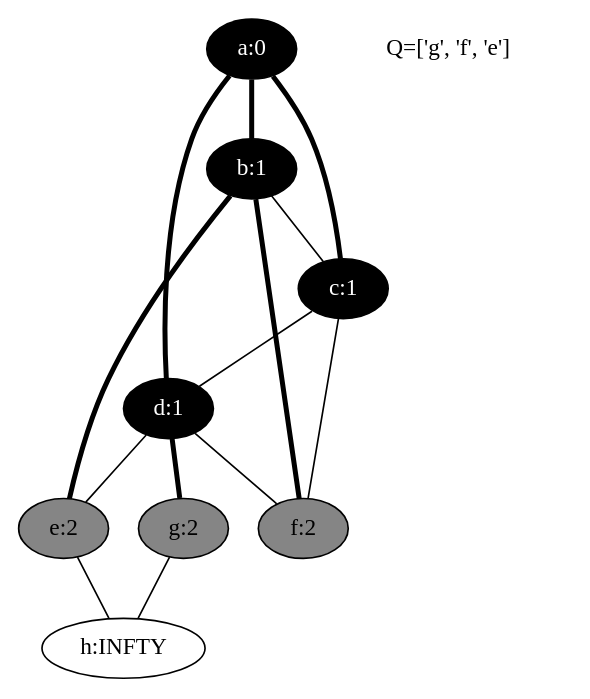
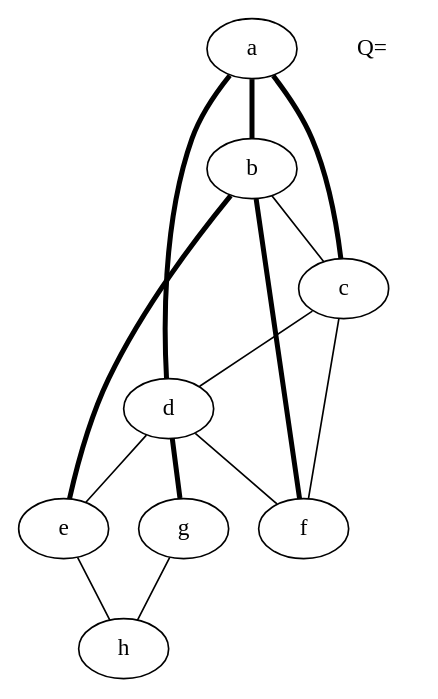
Before and after one commit to nicolasrenet/Graphs: the diagram in examples/bfs_undirected_classroom_04.dot, drawn with Graphviz. The commit also changed 214 other files, not shown here.

Commit message:
Added an extra key (label) to the vertex comparison function. Dijkstra's key shows content of the min queue. Various layout changes in the LaTeX documents (added an figure width ratio option to alg_to_tex.py). Cleaned up the Makefile.

```diff
--- a/examples/bfs_undirected_classroom_04.dot
+++ b/examples/bfs_undirected_classroom_04.dot
@@ -1,24 +1,24 @@
 Graph {
-a [ label="a:0" fontcolor=white style=filled fontname="time-bold" fillcolor=black ];
-b [ label="b:1" fontcolor=white style=filled fontname="time-bold" fillcolor=black ];
-c [ label="c:1" fontcolor=white style=filled fontname="time-bold" fillcolor=black ];
-d [ label="d:1" fontcolor=white style=filled fontname="time-bold" fillcolor=black ];
-e [ label="e:2" style=filled fontname="time-bold" fillcolor=gray52 ];
-f [ label="f:2" style=filled fontname="time-bold" fillcolor=gray52 ];
-g [ label="g:2" style=filled fontname="time-bold" fillcolor=gray52 ];
-h [ label="h:INFTY" ];
+a;
+b;
+c;
+d;
+e;
+f;
+g;
+h;
 a--d[label="", penwidth=3];
 a--b[label="", penwidth=3];
 a--c[label="", penwidth=3];
 b--e[label="", penwidth=3];
 b--f[label="", penwidth=3];
 b--c[label="", penwidth=1];
 c--d[label="", penwidth=1];
 c--f[label="", penwidth=1];
 d--e[label="", penwidth=1];
 d--f[label="", penwidth=1];
 d--g[label="", penwidth=3];
 e--h[label="", penwidth=1];
 g--h[label="", penwidth=1];
-legend[label="Q=['g', 'f', 'e']", color=white];
+legend[label="Q=", color=white];
 }
```
